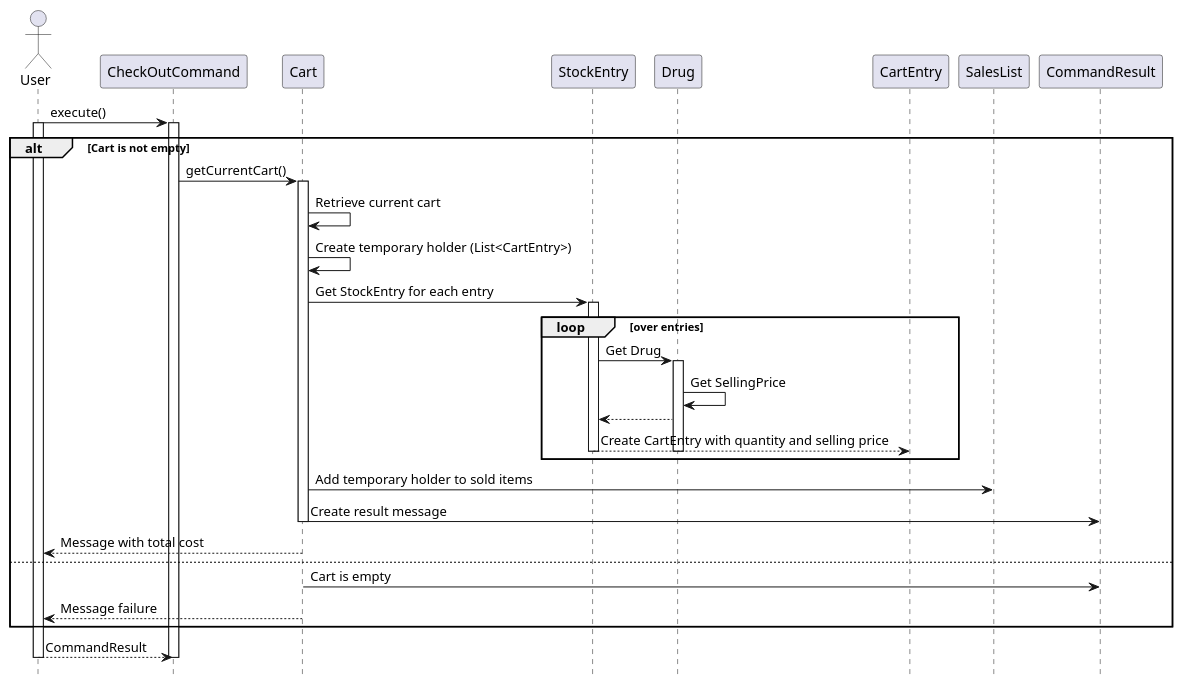
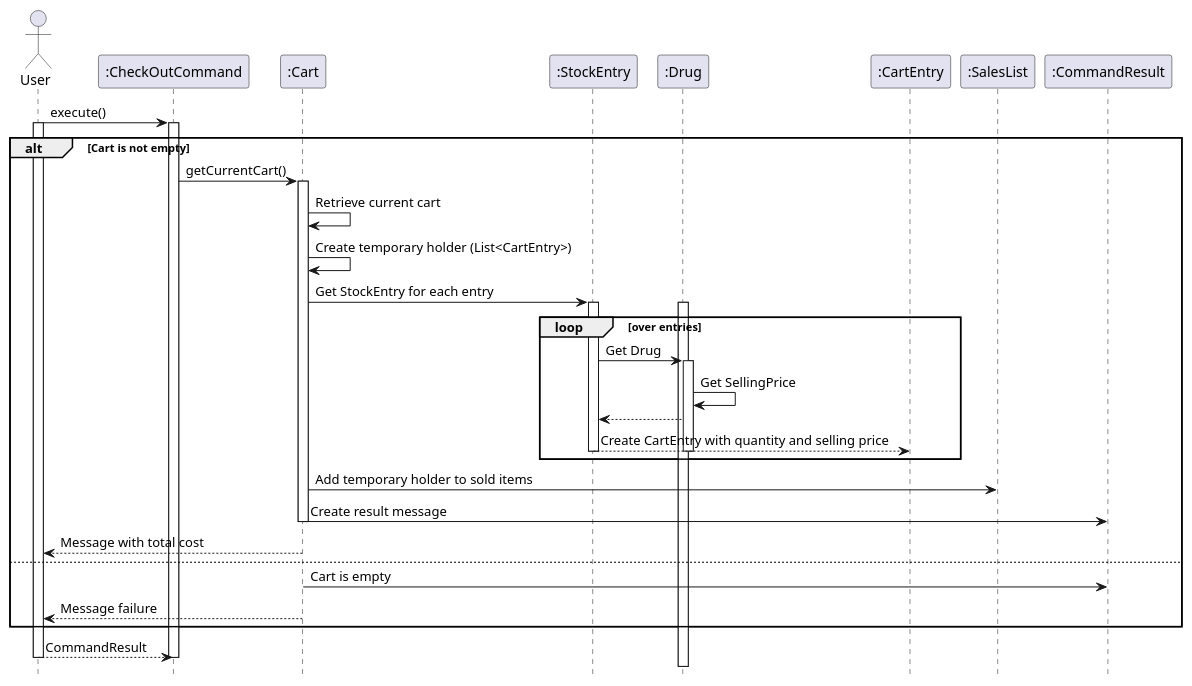
One commit to nus-cs2113-AY2324S1/tp changed the diagram in docs/UML Diagrams/CheckoutCommandDiagram.puml. Above: the diagram before and after it, drawn with PlantUML. The commit also changed 5 other files, not shown here.

Commit message:
Update PPP, UML diagrams, UG and DG

```diff
--- a/docs/UML Diagrams/CheckoutCommandDiagram.puml
+++ b/docs/UML Diagrams/CheckoutCommandDiagram.puml
@@ -1,44 +1,46 @@
 @startuml
 hide footbox
 actor User
-participant CheckOutCommand
-participant Cart
-participant StockEntry
-participant Drug
-participant CartEntry
-participant SalesList
-participant CommandResult
+participant ":CheckOutCommand" as CheckOutCommand
+participant ":Cart" as Cart
+participant ":StockEntry" as StockEntry
+participant ":Drug" as Drug
+participant ":CartEntry" as CartEntry
+participant ":SalesList" as SalesList
+participant ":CommandResult" as CommandResult
 
 User -> CheckOutCommand: execute()
 activate User
 activate CheckOutCommand
 
 alt Cart is not empty
   CheckOutCommand -> Cart: getCurrentCart()
   activate Cart
   Cart -> Cart: Retrieve current cart
   Cart -> Cart: Create temporary holder (List<CartEntry>)
   Cart -> StockEntry: Get StockEntry for each entry
+  activate StockEntry
   loop over entries
-    activate StockEntry
+    activate Drug
     StockEntry -> Drug: Get Drug
     activate Drug
     Drug -> Drug: Get SellingPrice
     Drug --> StockEntry
     StockEntry --> CartEntry: Create CartEntry with quantity and selling price
     deactivate Drug
     deactivate StockEntry
+    deactivate CartEntry
   end
   Cart -> SalesList: Add temporary holder to sold items
   Cart -> CommandResult: Create result message
   deactivate Cart
   Cart --> User: Message with total cost
   else
   Cart -> CommandResult: Cart is empty
   Cart --> User: Message failure
 end
 
 User --> CheckOutCommand: CommandResult
 deactivate User
 deactivate CheckOutCommand
 @enduml
```
